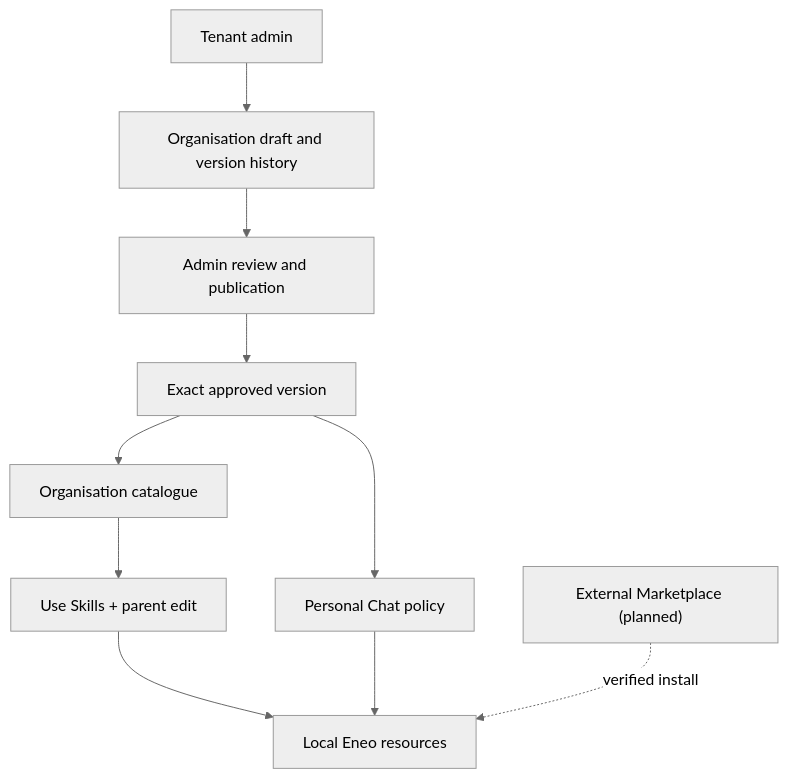
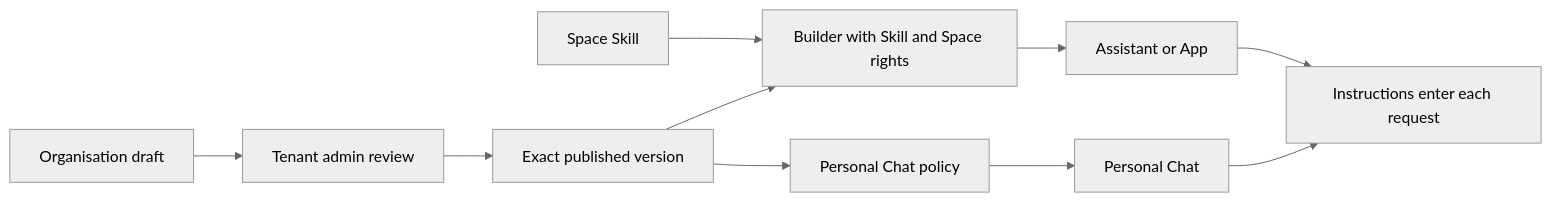
Before and after one commit to eneo-ai/eneo: the diagram in frontend/apps/docs-site/src/content/guides/skills.mdx, drawn with Mermaid (neutral theme). The commit also changed other lines of this file and 12 other files, not shown here.

Commit message:
fix(skills): harden adoption and catalogue UX

````diff
--- a/frontend/apps/docs-site/src/content/guides/skills.mdx
+++ b/frontend/apps/docs-site/src/content/guides/skills.mdx
@@ -224,12 +32,12 @@
 ```mermaid
-flowchart TB
-    Admin["Tenant admin"] --> Draft["Organisation draft and version history"]
-    Draft --> Review["Admin review and publication"]
-    Review --> Approved["Exact approved version"]
-    Approved --> Catalogue["Organisation catalogue"]
-    Catalogue --> Builder["Use Skills + parent edit"]
-    Approved --> Personal["Personal Chat policy"]
-    Builder --> Local["Local Eneo resources"]
-    Personal --> Local
-    Hub["External Marketplace (planned)"] -. "verified install" .-> Local
+flowchart LR
+    Local["Space Skill"] --> Builder["Builder with Skill and Space rights"]
+    Draft["Organisation draft"] --> Review["Tenant admin review"]
+    Review --> Published["Exact published version"]
+    Published --> Builder
+    Published --> Policy["Personal Chat policy"]
+    Builder --> Resource["Assistant or App"]
+    Policy --> Chat["Personal Chat"]
+    Resource --> Request["Instructions enter each request"]
+    Chat --> Request
 ```
````
